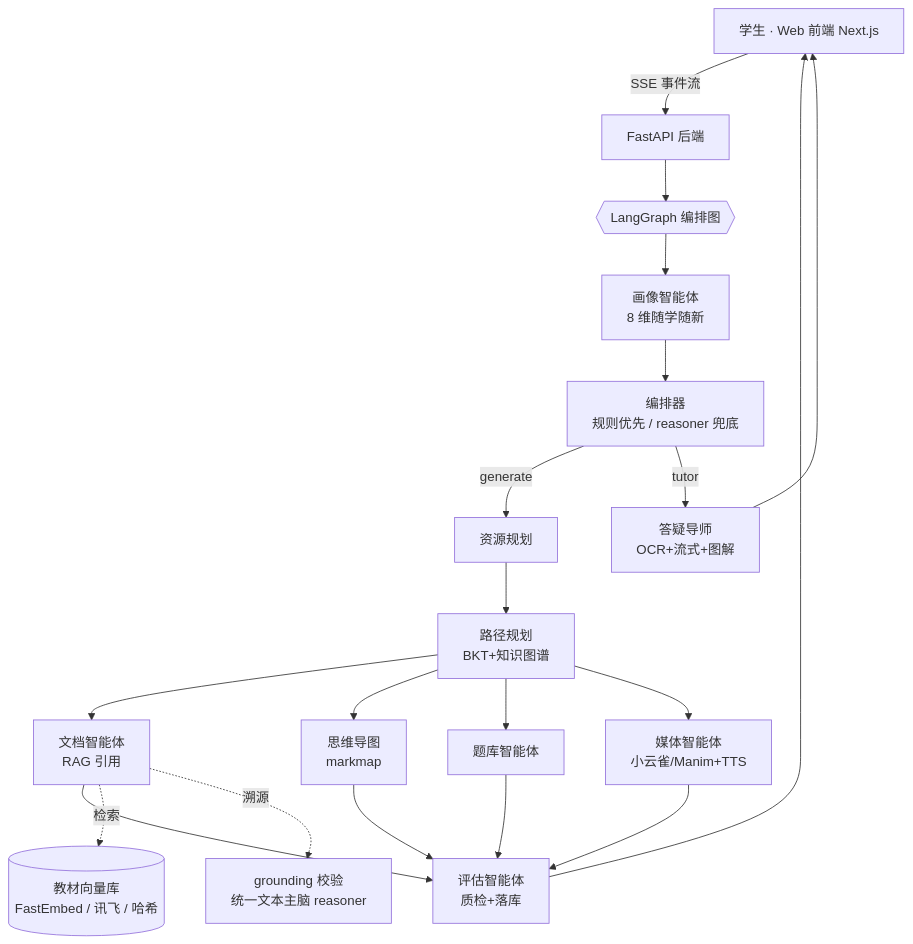
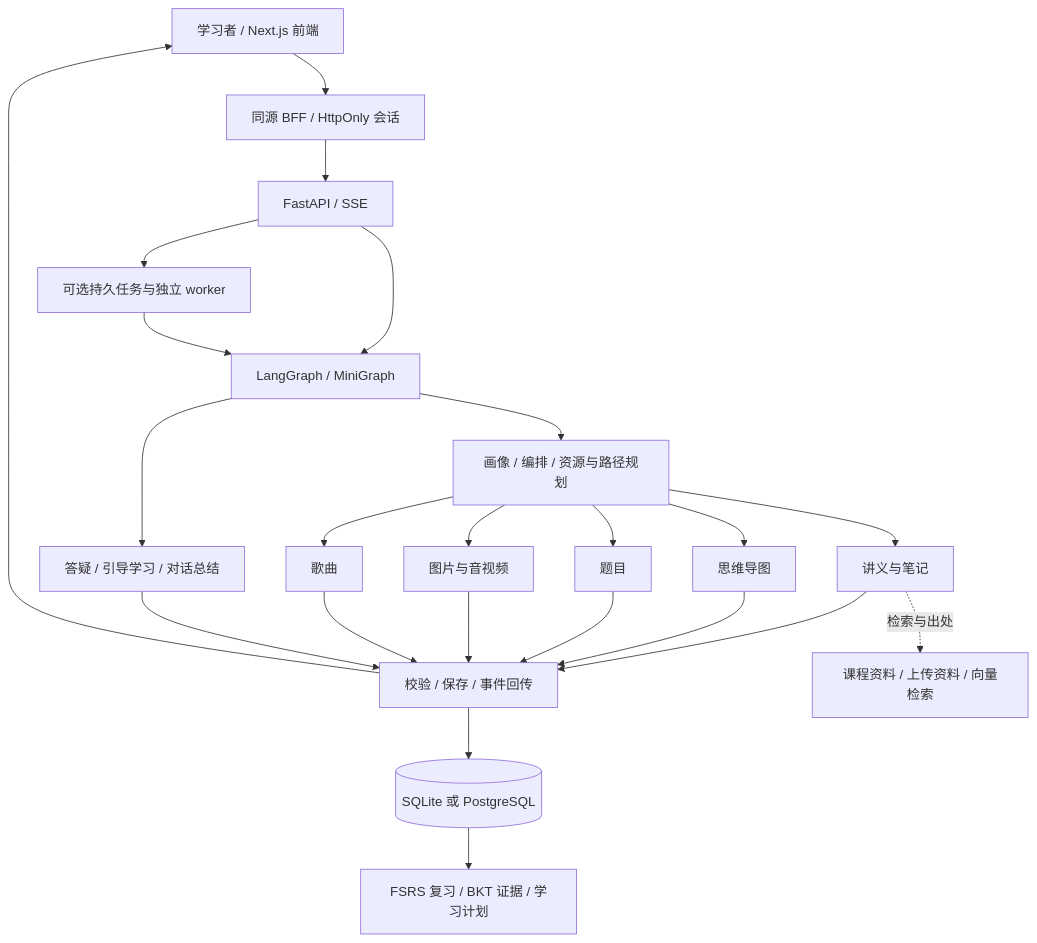
One commit to vv510-ai/sparklearn-multiagent changed the diagram in README.md. Above: the diagram before and after it, drawn with Mermaid. The commit also changed other lines of this file and 1 other file, not shown here.

Commit message:
docs: complete LearnLoop setup, architecture and usage README [skip render]

````diff
--- a/README.md
+++ b/README.md
@@ -14,17 +47,21 @@
 ```mermaid
 flowchart TD
-    U[学生 · Web 前端 Next.js] -->|SSE 事件流| API[FastAPI 后端]
-    API --> G{{LangGraph 编排图}}
-    G --> PRF[画像智能体\n8 维随学随新]
-    PRF --> ORC[编排器\n规则优先 / reasoner 兜底]
-    ORC -->|generate| PLN[资源规划] --> PTH[路径规划\nBKT+知识图谱]
-    PTH --> DOC[文档智能体\nRAG 引用]
-    PTH --> MAP[思维导图\nmarkmap]
-    PTH --> QUZ[题库智能体]
-    PTH --> MED[媒体智能体\n小云雀/Manim+TTS]
-    DOC & MAP & QUZ & MED --> EVL[评估智能体\n质检+落库]
-    ORC -->|tutor| TUT[答疑导师\nOCR+流式+图解]
-    EVL & TUT --> U
-    DOC -.检索.-> KB[(教材向量库\nFastEmbed / 讯飞 / 哈希)]
-    DOC -.溯源.-> GRD[grounding 校验\n统一文本主脑 reasoner]
+    U[学习者 / Next.js 前端] --> BFF[同源 BFF / HttpOnly 会话]
+    BFF --> API[FastAPI / SSE]
+    API --> Q[可选持久任务与独立 worker]
+    API --> G[LangGraph / MiniGraph]
+    Q --> G
+    G --> P[画像 / 编排 / 资源与路径规划]
+    P --> D[讲义与笔记]
+    P --> M[思维导图]
+    P --> T[题目]
+    P --> V[图片与音视频]
+    P --> S[歌曲]
+    D & M & T & V & S --> E[校验 / 保存 / 事件回传]
+    G --> Tutor[答疑 / 引导学习 / 对话总结]
+    Tutor --> E
+    D -.检索与出处.-> RAG[课程资料 / 上传资料 / 向量检索]
+    E --> DB[(SQLite 或 PostgreSQL)]
+    E --> U
+    DB --> R[FSRS 复习 / BKT 证据 / 学习计划]
 ```
````
